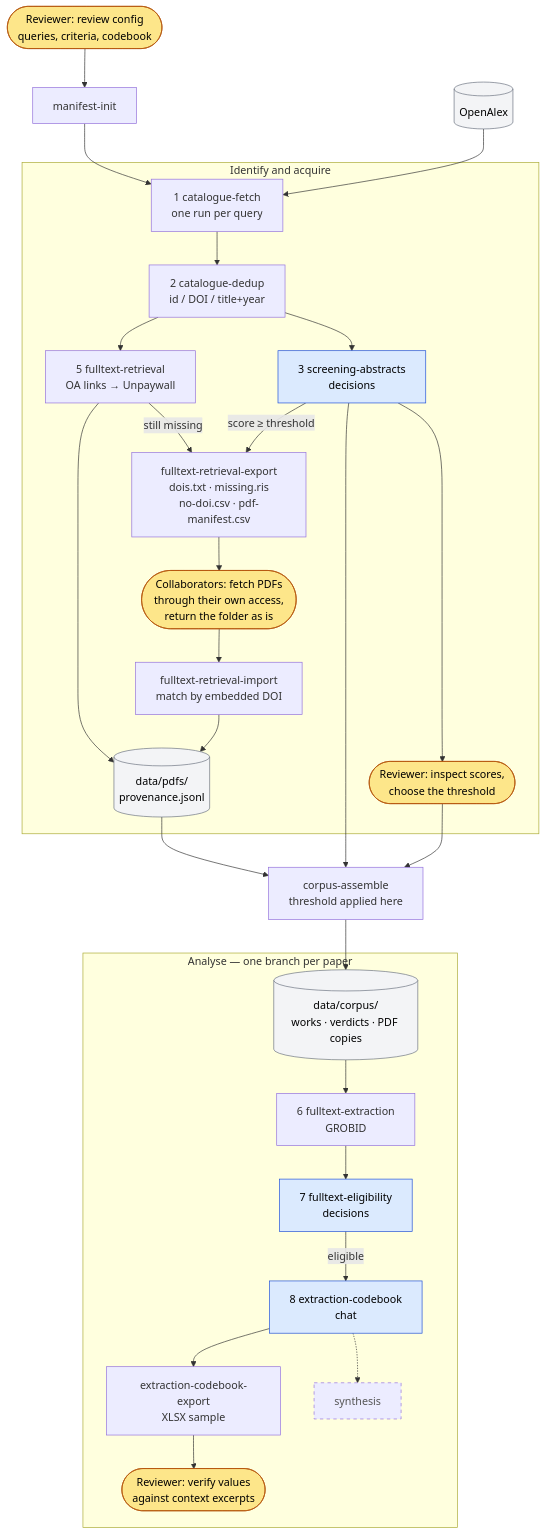
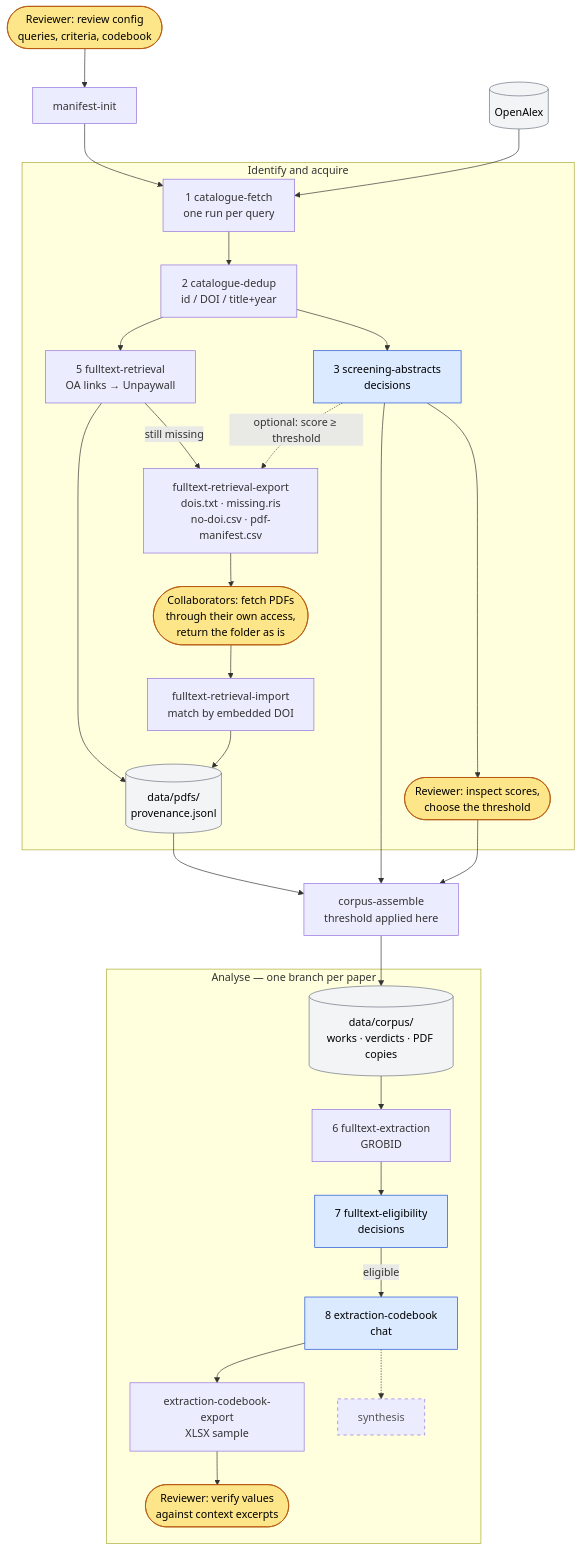
Before and after one commit to geomar-od-lagrange/2026_laglitsynth: the diagram in docs/pipeline.md, drawn with Mermaid. The commit also changed other lines of this file and 16 other files, not shown here.

````diff
--- a/docs/pipeline.md
+++ b/docs/pipeline.md
@@ -185,40 +186,40 @@
 ```mermaid
 flowchart TD
     classDef human fill:#fde68a,stroke:#b45309,color:#000
     classDef llm fill:#dbeafe,stroke:#1d4ed8,color:#000
     classDef store fill:#f3f4f6,stroke:#6b7280,color:#000
     classDef planned stroke-dasharray: 5 5,color:#555
 
     H0([Reviewer: review config<br/>queries, criteria, codebook]):::human
     H0 --> INIT[manifest-init]
     INIT --> FETCH
     OA[(OpenAlex)]:::store --> FETCH
 
     subgraph ACQ [Identify and acquire]
         FETCH[1 catalogue-fetch<br/>one run per query]
         FETCH --> DEDUP[2 catalogue-dedup<br/>id / DOI / title+year]
         DEDUP --> SCREEN[3 screening-abstracts<br/>decisions]:::llm
         DEDUP --> RETR[5 fulltext-retrieval<br/>OA links → Unpaywall]
         RETR --> PDFS[(data/pdfs/<br/>provenance.jsonl)]:::store
         RETR -->|still missing| EXPORT[fulltext-retrieval-export<br/>dois.txt · missing.ris<br/>no-doi.csv · pdf-manifest.csv]
-        SCREEN -->|score ≥ threshold| EXPORT
+        SCREEN -.->|optional: score ≥ threshold| EXPORT
         EXPORT --> H5([Collaborators: fetch PDFs<br/>through their own access,<br/>return the folder as is]):::human
         H5 --> IMPORT[fulltext-retrieval-import<br/>match by embedded DOI]
         IMPORT --> PDFS
         SCREEN --> H3([Reviewer: inspect scores,<br/>choose the threshold]):::human
     end
 
     PDFS --> CORPUS
     SCREEN --> CORPUS
     H3 --> CORPUS[corpus-assemble<br/>threshold applied here]
     CORPUS --> CDIR[(data/corpus/<br/>works · verdicts · PDF copies)]:::store
 
     subgraph ANA [Analyse — one branch per paper]
         CDIR --> GROBID[6 fulltext-extraction<br/>GROBID]
         GROBID --> ELIG[7 fulltext-eligibility<br/>decisions]:::llm
         ELIG -->|eligible| CODE[8 extraction-codebook<br/>chat]:::llm
         CODE --> CX[extraction-codebook-export<br/>XLSX sample]
         CX --> H8([Reviewer: verify values<br/>against context excerpts]):::human
         CODE -.-> SYN[synthesis]:::planned
     end
 ```
````
